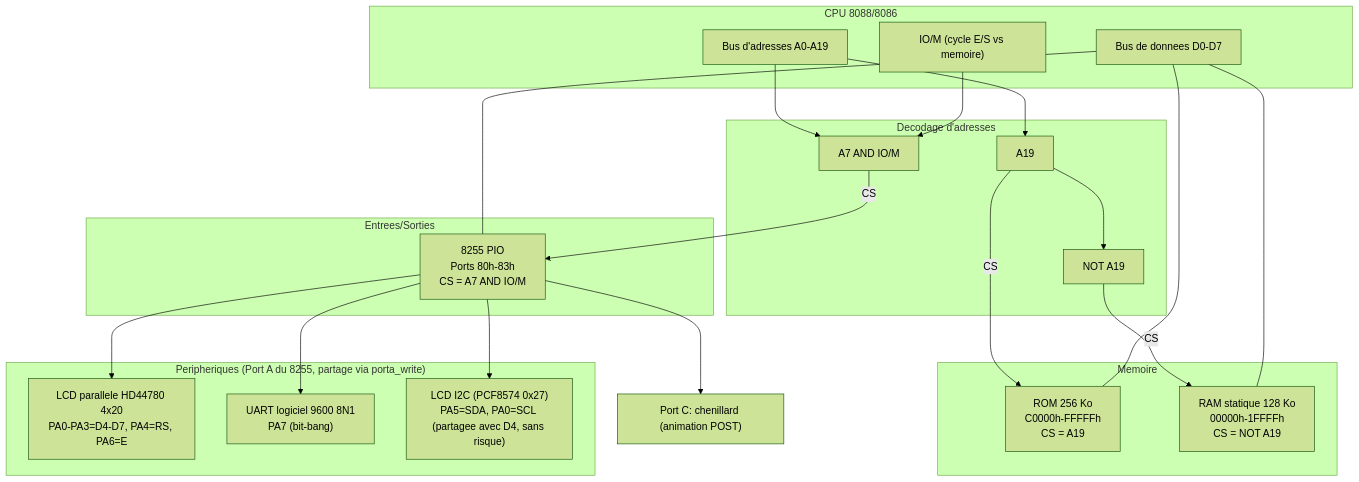
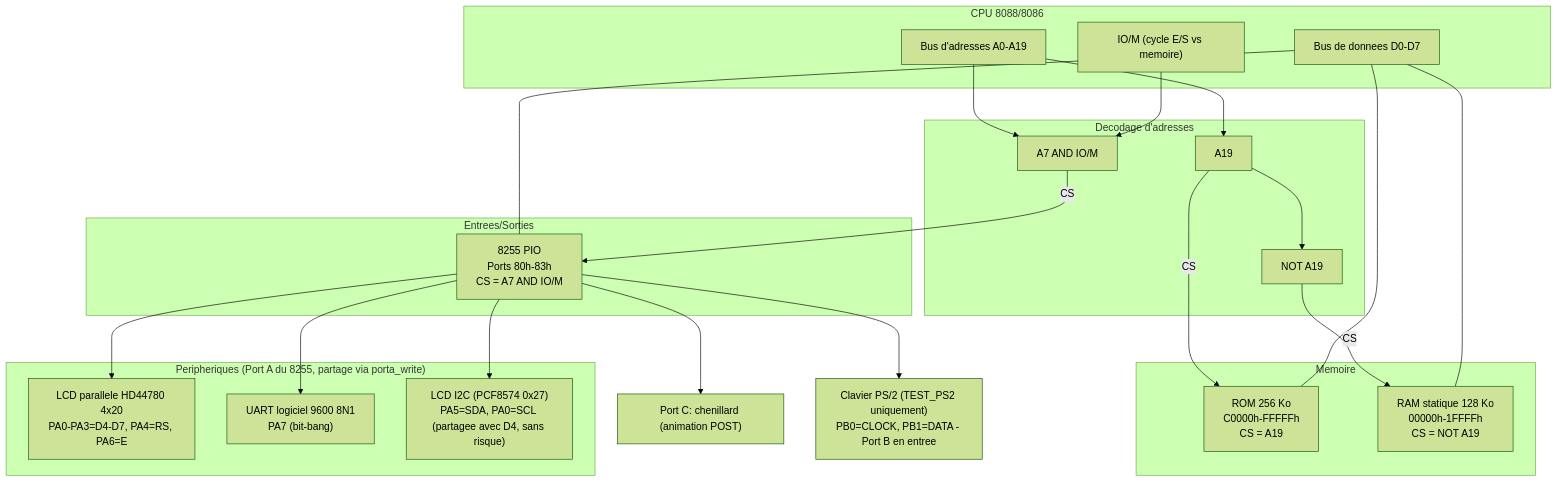
The diagram in breadboard/Solution-01/README.md (ve2cuy/i86), drawn with Mermaid (forest theme) before and after one commit. The commit also changed other lines of this file and 5 other files, not shown here.

````diff
--- a/breadboard/Solution-01/README.md
+++ b/breadboard/Solution-01/README.md
@@ -66,49 +70,51 @@
 ```mermaid
 flowchart TD
     subgraph CPU["CPU 8088/8086"]
         AB["Bus d'adresses A0-A19"]
         DB["Bus de donnees D0-D7"]
         IOM["IO/M (cycle E/S vs memoire)"]
     end
 
     subgraph DEC["Decodage d'adresses"]
         A19G["A19"]
         NOTA19["NOT A19"]
         A7IO["A7 AND IO/M"]
     end
 
     subgraph MEM["Memoire"]
         ROM["ROM 256 Ko\nC0000h-FFFFFh\nCS = A19"]
         RAM["RAM statique 128 Ko\n00000h-1FFFFh\nCS = NOT A19"]
     end
 
     subgraph IOBLK["Entrees/Sorties"]
         PIO["8255 PIO\nPorts 80h-83h\nCS = A7 AND IO/M"]
     end
 
     subgraph PERIPH["Peripheriques (Port A du 8255, partage via porta_write)"]
         LCD["LCD parallele HD44780 4x20\nPA0-PA3=D4-D7, PA4=RS, PA6=E"]
         UART["UART logiciel 9600 8N1\nPA7 (bit-bang)"]
         I2CLCD["LCD I2C (PCF8574 0x27)\nPA5=SDA, PA0=SCL (partagee avec D4, sans risque)"]
     end
 
     LED["Port C: chenillard (animation POST)"]
+    PS2["Clavier PS/2 (TEST_PS2 uniquement)\nPB0=CLOCK, PB1=DATA - Port B en entree"]
 
     AB --> A19G
     A19G --> NOTA19
     AB --> A7IO
     IOM --> A7IO
 
     A19G -->|CS| ROM
     NOTA19 -->|CS| RAM
     A7IO -->|CS| PIO
 
     DB --- ROM
     DB --- RAM
     DB --- PIO
 
     PIO --> LCD
     PIO --> UART
     PIO --> I2CLCD
     PIO --> LED
+    PIO --> PS2
 ```
````
